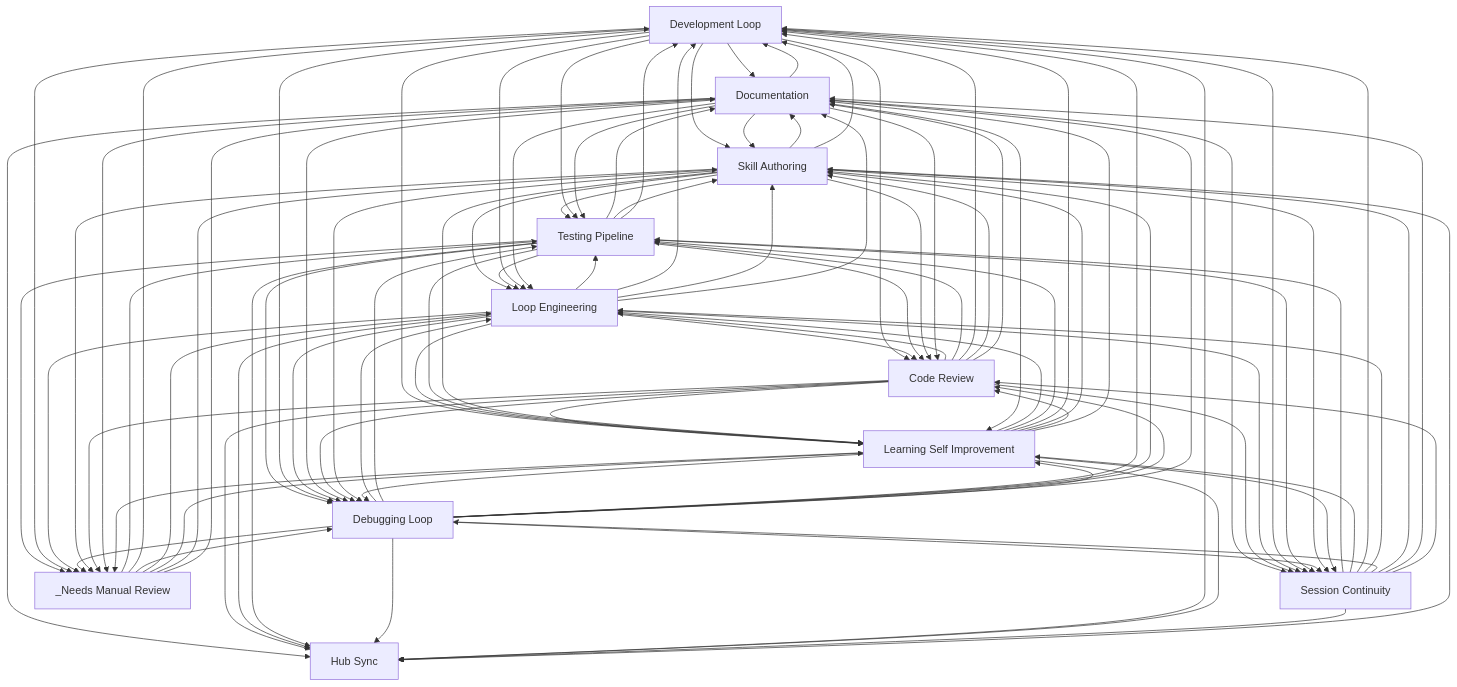
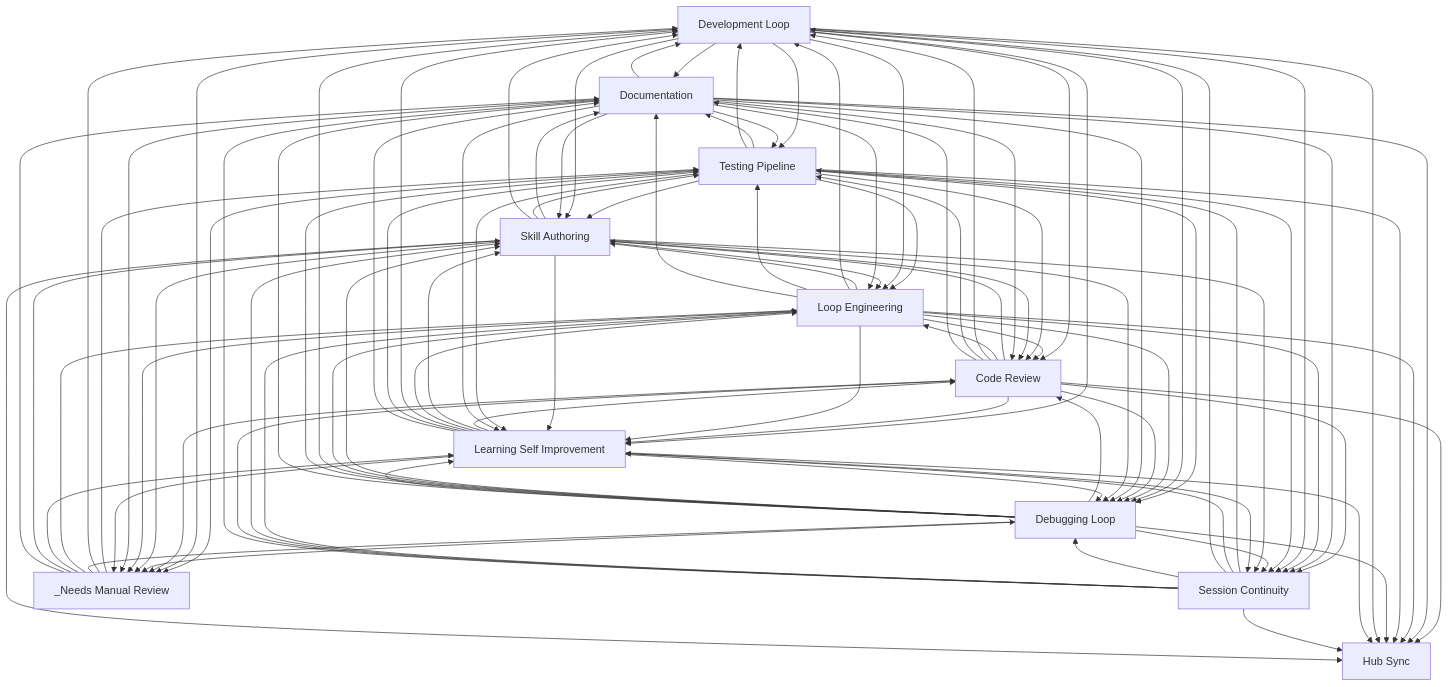
One commit to abhayla/claude-best-practices changed the diagram in docs/workflows/INDEX.md. Above: the diagram before and after it, drawn with Mermaid. The commit also changed other lines of this file and 13 other files, not shown here.

```diff
--- a/docs/workflows/INDEX.md
+++ b/docs/workflows/INDEX.md
@@ -33,30 +33,30 @@
     documentation[Documentation]
     hub_sync[Hub Sync]
     _needs_manual_review[_Needs Manual Review]
-    skill_authoring --> documentation
     testing_pipeline --> documentation
     development_loop --> documentation
+    skill_authoring --> documentation
+    testing_pipeline --> skill_authoring
+    testing_pipeline --> loop_engineering
+    development_loop --> testing_pipeline
+    development_loop --> skill_authoring
+    development_loop --> loop_engineering
     skill_authoring --> testing_pipeline
     skill_authoring --> loop_engineering
-    testing_pipeline --> skill_authoring
-    testing_pipeline --> loop_engineering
-    development_loop --> skill_authoring
-    development_loop --> testing_pipeline
-    development_loop --> loop_engineering
+    documentation --> testing_pipeline
     documentation --> skill_authoring
-    documentation --> testing_pipeline
     documentation --> loop_engineering
+    development_loop --> code_review
+    code_review --> skill_authoring
     code_review --> loop_engineering
+    code_review --> development_loop
     code_review --> testing_pipeline
-    code_review --> development_loop
-    code_review --> skill_authoring
-    development_loop --> code_review
+    loop_engineering --> code_review
+    loop_engineering --> skill_authoring
+    loop_engineering --> development_loop
     loop_engineering --> testing_pipeline
-    loop_engineering --> development_loop
-    loop_engineering --> skill_authoring
-    loop_engineering --> code_review
+    development_loop --> learning_self_improvement
     code_review --> learning_self_improvement
-    development_loop --> learning_self_improvement
     loop_engineering --> learning_self_improvement
     testing_pipeline --> development_loop
     _needs_manual_review --> testing_pipeline
@@ -65,58 +65,58 @@
     _needs_manual_review --> debugging_loop
     _needs_manual_review --> loop_engineering
     testing_pipeline --> code_review
+    debugging_loop --> code_review
+    debugging_loop --> skill_authoring
     debugging_loop --> loop_engineering
+    debugging_loop --> development_loop
     debugging_loop --> testing_pipeline
-    debugging_loop --> development_loop
-    debugging_loop --> skill_authoring
-    debugging_loop --> code_review
     development_loop --> debugging_loop
     documentation --> development_loop
     loop_engineering --> debugging_loop
     loop_engineering --> documentation
+    skill_authoring --> development_loop
     skill_authoring --> code_review
-    skill_authoring --> development_loop
+    skill_authoring --> learning_self_improvement
     testing_pipeline --> learning_self_improvement
-    skill_authoring --> learning_self_improvement
     testing_pipeline --> _needs_manual_review
     development_loop --> _needs_manual_review
+    code_review --> debugging_loop
+    documentation --> code_review
     documentation --> debugging_loop
-    documentation --> code_review
-    code_review --> debugging_loop
-    documentation --> learning_self_improvement
+    code_review --> session_continuity
+    code_review --> documentation
+    code_review --> hub_sync
     documentation --> session_continuity
     documentation --> hub_sync
-    code_review --> documentation
-    code_review --> session_continuity
-    code_review --> hub_sync
+    documentation --> learning_self_improvement
     loop_engineering --> session_continuity
     loop_engineering --> hub_sync
-    development_loop --> session_continuity
     session_continuity --> testing_pipeline
     session_continuity --> learning_self_improvement
+    development_loop --> session_continuity
     _needs_manual_review --> learning_self_improvement
     testing_pipeline --> session_continuity
+    debugging_loop --> session_continuity
     debugging_loop --> learning_self_improvement
-    debugging_loop --> session_continuity
     testing_pipeline --> hub_sync
     debugging_loop --> documentation
     debugging_loop --> hub_sync
     development_loop --> hub_sync
+    session_continuity --> development_loop
     skill_authoring --> session_continuity
-    session_continuity --> development_loop
+    session_continuity --> debugging_loop
+    session_continuity --> loop_engineering
     skill_authoring --> debugging_loop
-    session_continuity --> loop_engineering
-    session_continuity --> debugging_loop
+    learning_self_improvement --> code_review
+    learning_self_improvement --> debugging_loop
+    learning_self_improvement --> skill_authoring
     learning_self_improvement --> loop_engineering
+    learning_self_improvement --> development_loop
     learning_self_improvement --> testing_pipeline
-    learning_self_improvement --> debugging_loop
-    learning_self_improvement --> development_loop
-    learning_self_improvement --> skill_authoring
-    learning_self_improvement --> code_review
-    loop_engineering --> _needs_manual_review
+    code_review --> _needs_manual_review
     debugging_loop --> _needs_manual_review
     skill_authoring --> _needs_manual_review
-    code_review --> _needs_manual_review
+    loop_engineering --> _needs_manual_review
     _needs_manual_review --> skill_authoring
     _needs_manual_review --> documentation
     learning_self_improvement --> session_continuity
@@ -124,8 +124,8 @@
     session_continuity --> skill_authoring
     learning_self_improvement --> documentation
     learning_self_improvement --> hub_sync
+    session_continuity --> code_review
     session_continuity --> documentation
-    session_continuity --> code_review
     session_continuity --> hub_sync
     skill_authoring --> hub_sync
     learning_self_improvement --> _needs_manual_review
```
